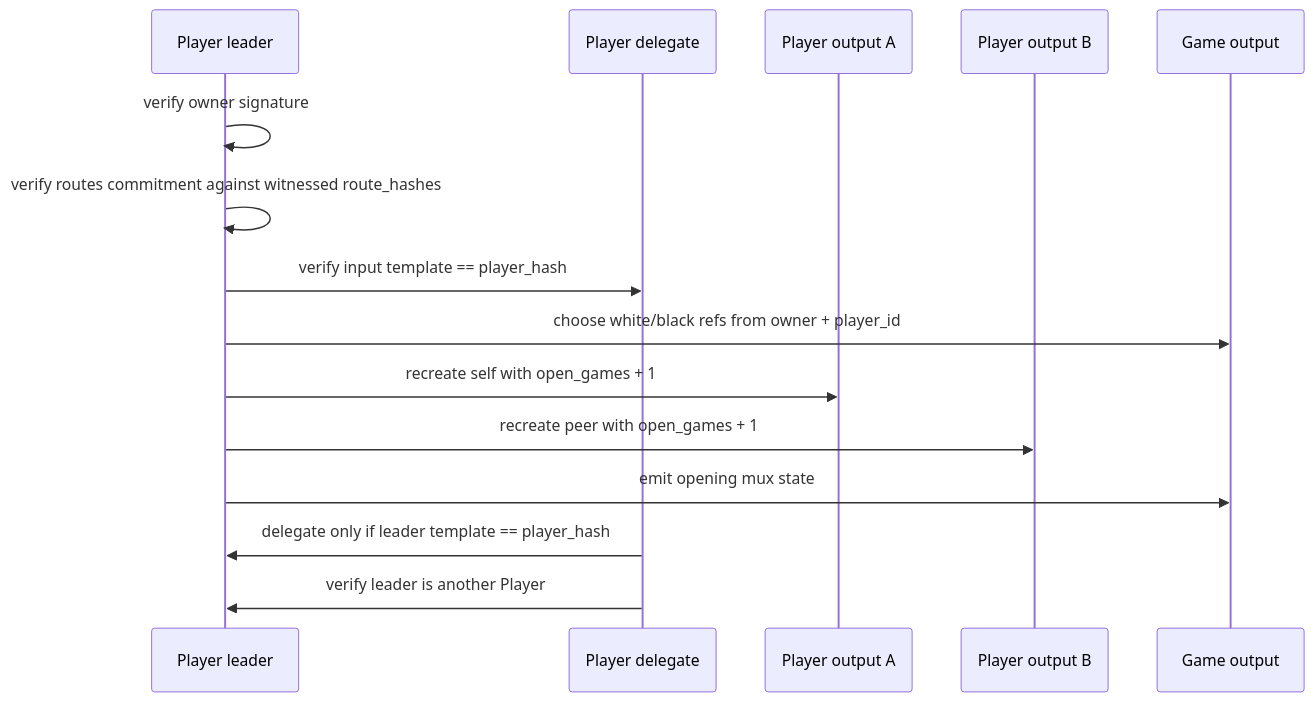
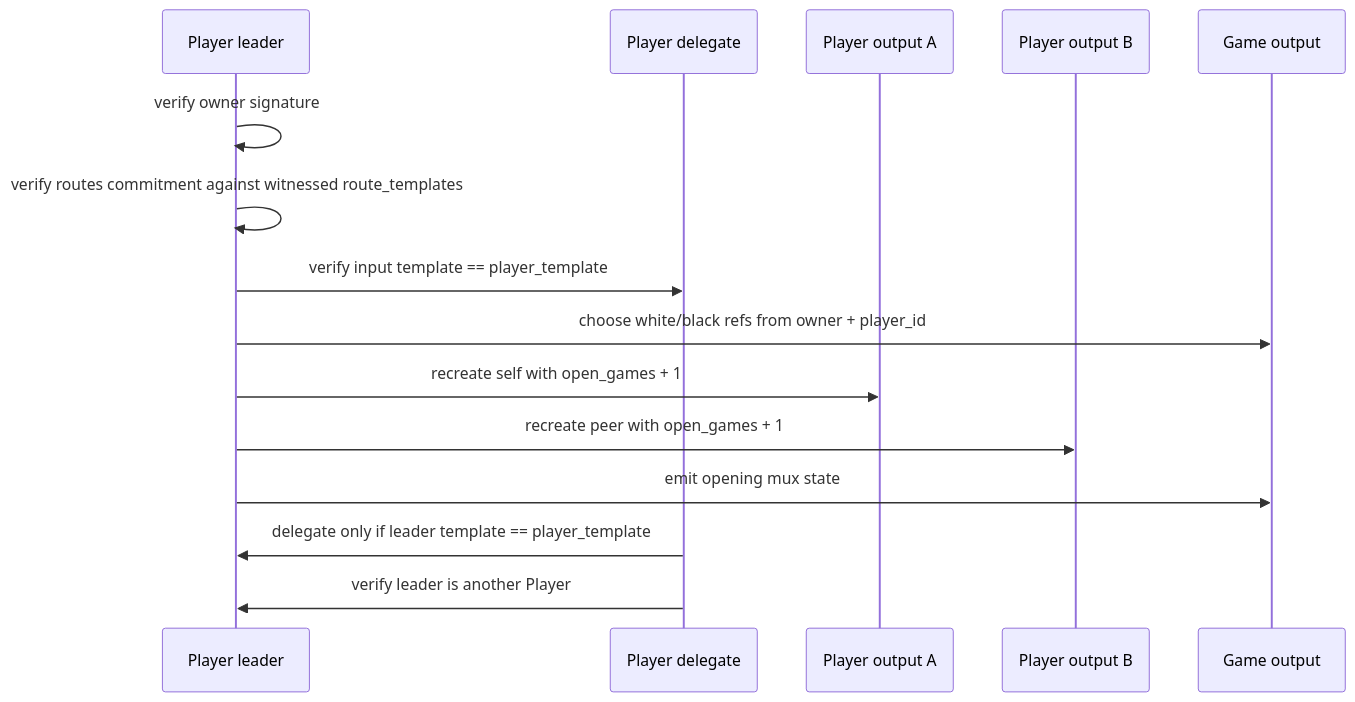
The diagram in examples/chess/book/src/start_game.md (michaelsutton/silverscript), drawn with Mermaid before and after one commit. The commit also changed other lines of this file and 19 other files, not shown here.

Commit message:
rename template selector fields from *_hash to *_template

````diff
--- a/examples/chess/book/src/start_game.md
+++ b/examples/chess/book/src/start_game.md
@@ -15,19 +15,19 @@
 ```mermaid
 sequenceDiagram
     participant PL as Player leader
     participant PD as Player delegate
     participant OP1 as Player output A
     participant OP2 as Player output B
     participant G as Game output
 
     PL->>PL: verify owner signature
-    PL->>PL: verify routes commitment against witnessed route_hashes
-    PL->>PD: verify input template == player_hash
+    PL->>PL: verify routes commitment against witnessed route_templates
+    PL->>PD: verify input template == player_template
     PL->>G: choose white/black refs from owner + player_id
     PL->>OP1: recreate self with open_games + 1
     PL->>OP2: recreate peer with open_games + 1
     PL->>G: emit opening mux state
 
-    PD->>PL: delegate only if leader template == player_hash
+    PD->>PL: delegate only if leader template == player_template
     PD->>PL: verify leader is another Player
 ```
````
